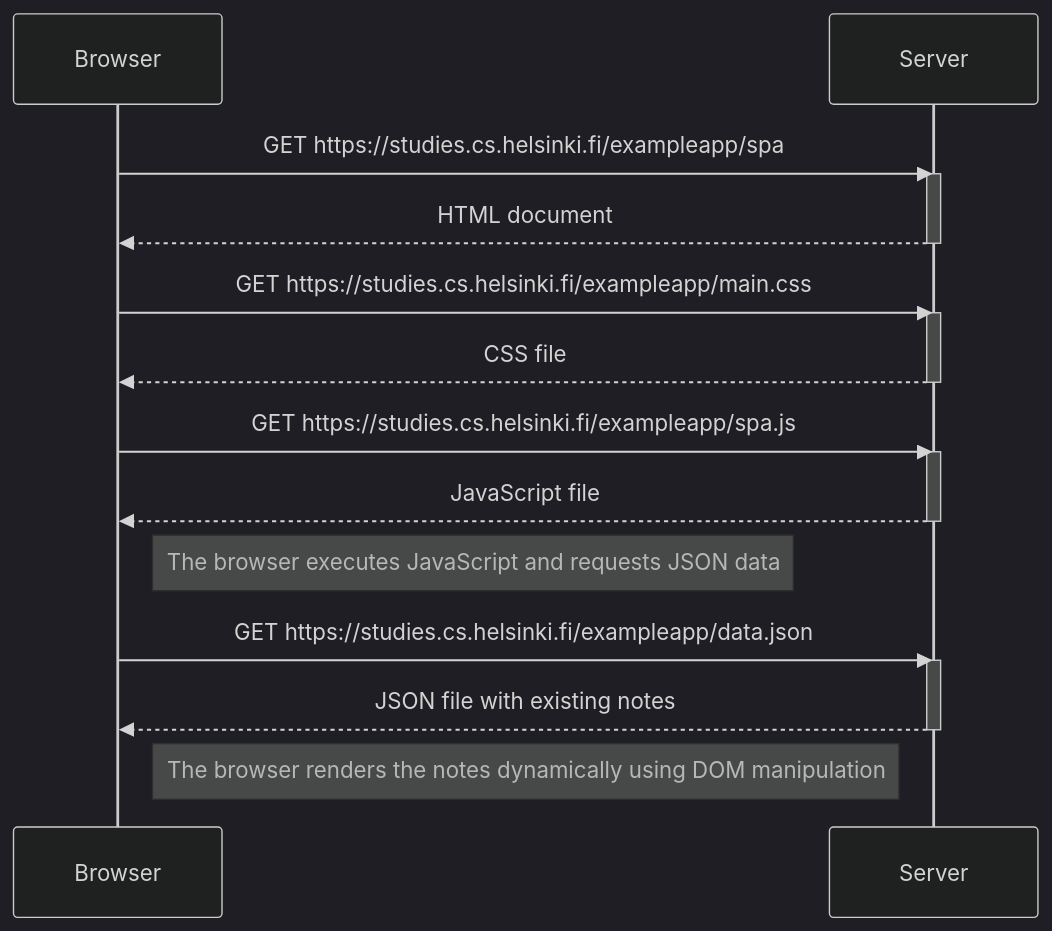
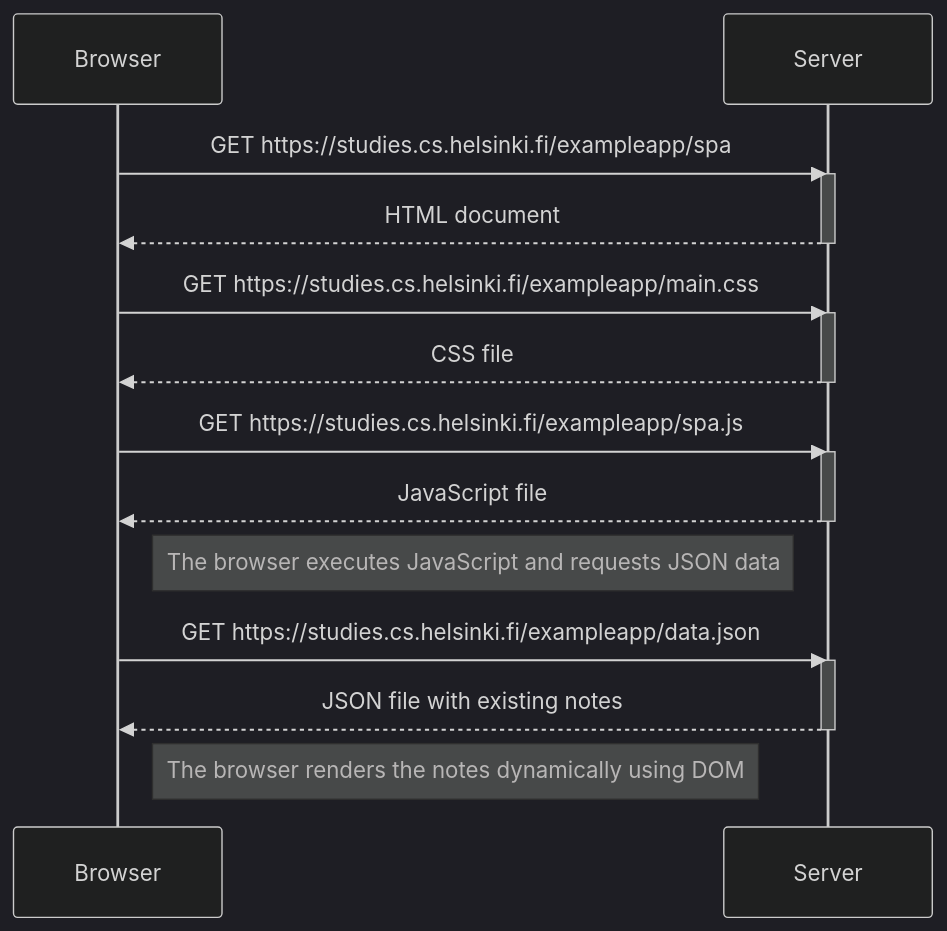
The diagram in part0/0.5.md (anahi-f/Fullstack-open), drawn with Mermaid (dark theme) before and after one commit.

Commit message:
Ejercicio 0.5

````diff
--- a/part0/0.5.md
+++ b/part0/0.5.md
@@ -1,30 +1,30 @@
 ```mermaid
 sequenceDiagram
     participant browser as Browser
     participant server as Server
 
     browser->>server: GET https://studies.cs.helsinki.fi/exampleapp/spa
     activate server
     server-->>browser: HTML document
     deactivate server
 
     browser->>server: GET https://studies.cs.helsinki.fi/exampleapp/main.css
     activate server
     server-->>browser: CSS file
     deactivate server
 
     browser->>server: GET https://studies.cs.helsinki.fi/exampleapp/spa.js
     activate server
     server-->>browser: JavaScript file
     deactivate server
 
     Note right of browser: The browser executes JavaScript and requests JSON data
 
     browser->>server: GET https://studies.cs.helsinki.fi/exampleapp/data.json
     activate server
     server-->>browser: JSON file with existing notes
     deactivate server
 
-    Note right of browser: The browser renders the notes dynamically using DOM manipulation
+    Note right of browser: The browser renders the notes dynamically using DOM 
 
 ```
````
